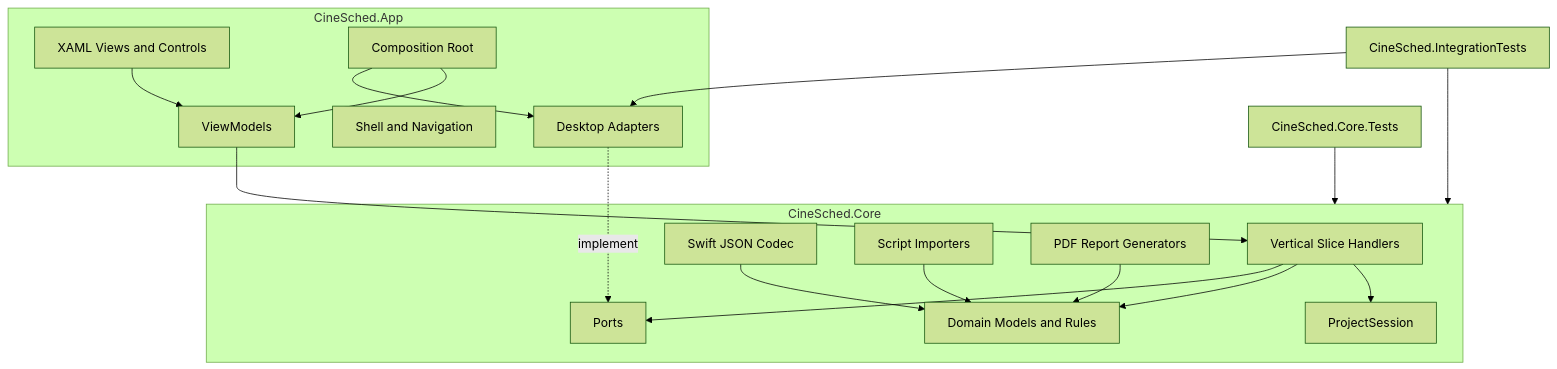
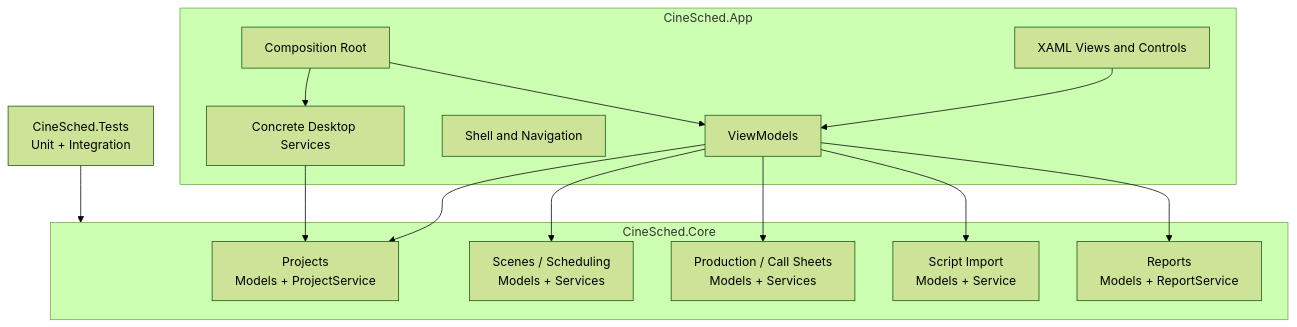
The second of 6 diagrams in ARCHITECTURE.md (alucardGonza/CineSched_D.G.D), drawn with Mermaid (forest theme) before and after one commit. The commit also changed other lines of this file and 2 other files, not shown here.

Commit message:
docs: simplify core slices and test structure

````diff
--- a/ARCHITECTURE.md
+++ b/ARCHITECTURE.md
@@ -60,36 +60,30 @@
 ```mermaid
 flowchart TB
     subgraph Presentation["CineSched.App"]
         Xaml[XAML Views and Controls]
         VM[ViewModels]
         Shell[Shell and Navigation]
-        Adapters[Desktop Adapters]
+        Desktop[Concrete Desktop Services]
         Bootstrap[Composition Root]
     end
 
     subgraph Core["CineSched.Core"]
-        Features[Vertical Slice Handlers]
-        Session[ProjectSession]
-        Domain[Domain Models and Rules]
-        Ports[Ports]
-        Codec[Swift JSON Codec]
-        Import[Script Importers]
-        Reports[PDF Report Generators]
+        Projects[Projects<br/>Models + ProjectService]
+        Scenes[Scenes / Scheduling<br/>Models + Services]
+        Production[Production / Call Sheets<br/>Models + Services]
+        Import[Script Import<br/>Models + Service]
+        Reports[Reports<br/>Models + ReportService]
     end
 
     Xaml --> VM
-    VM --> Features
+    VM --> Projects
+    VM --> Scenes
+    VM --> Production
+    VM --> Import
+    VM --> Reports
     Bootstrap --> VM
-    Bootstrap --> Adapters
-    Adapters -. implement .-> Ports
-    Features --> Session
-    Features --> Domain
-    Features --> Ports
-    Codec --> Domain
-    Import --> Domain
-    Reports --> Domain
+    Bootstrap --> Desktop
+    Desktop --> Projects
 
-    CoreTests[CineSched.Core.Tests] --> Core
-    IntegrationTests[CineSched.IntegrationTests] --> Core
-    IntegrationTests --> Adapters
+    Tests[CineSched.Tests<br/>Unit + Integration] --> Core
 ```
````
